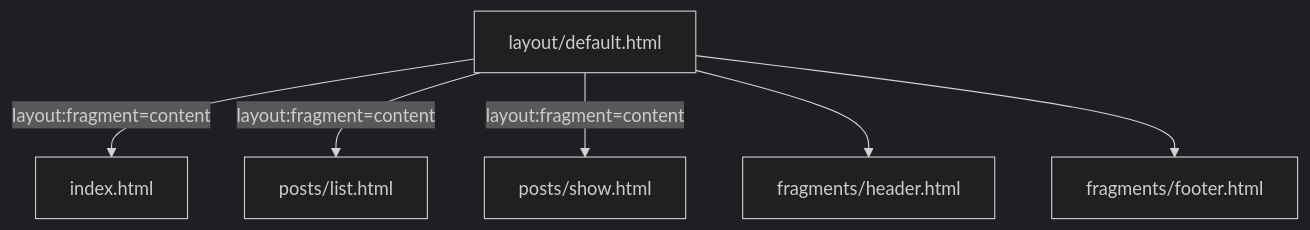
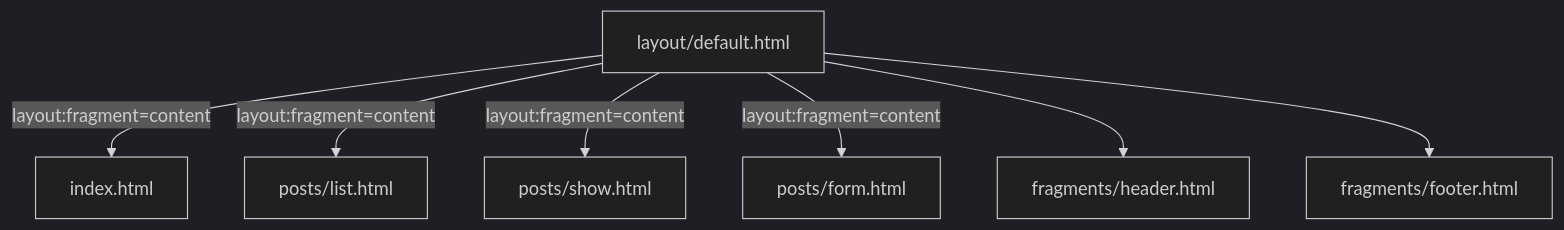
The eighth of 10 diagrams in docs/design/modules/ROOT/pages/blog-content/index.adoc (tomirgang/tomsblog), drawn with Mermaid (dark theme) before and after one commit. The commit also changed other lines of this file and 9 other files, not shown here.

```diff
--- a/docs/design/modules/ROOT/pages/blog-content/index.adoc
+++ b/docs/design/modules/ROOT/pages/blog-content/index.adoc
@@ -419,9 +511,10 @@
 [mermaid]
 ----
 graph TD
     A[layout/default.html] -->|layout:fragment=content| B[index.html]
     A -->|layout:fragment=content| E[posts/list.html]
     A -->|layout:fragment=content| F[posts/show.html]
+    A -->|layout:fragment=content| G[posts/form.html]
     A --> C[fragments/header.html]
     A --> D[fragments/footer.html]
 ----
```
